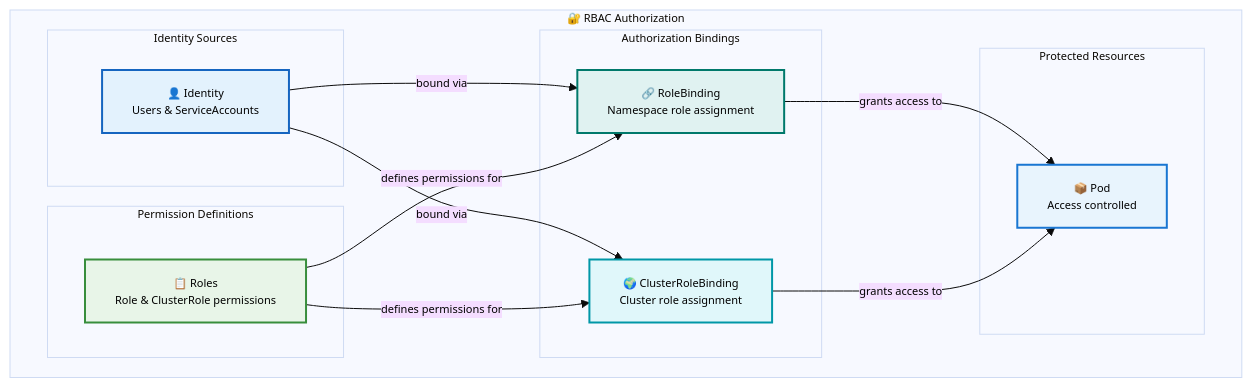
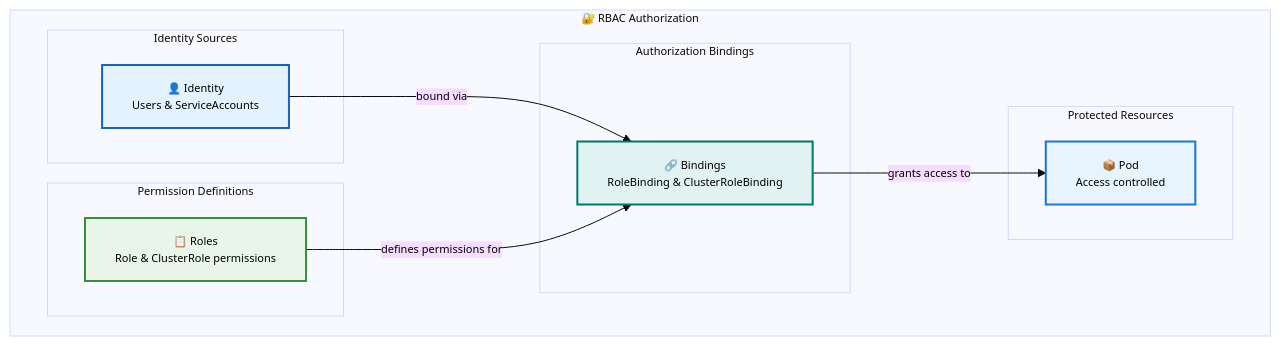
The eighth of 13 diagrams in 1.4_distributed_systems/kubernetes_resource_hierarchy_guide.md (razkevich/system_design_course), drawn with Mermaid before and after one commit.

Commit message:
exactly once

````diff
--- a/1.4_distributed_systems/kubernetes_resource_hierarchy_guide.md
+++ b/1.4_distributed_systems/kubernetes_resource_hierarchy_guide.md
@@ -319,36 +319,31 @@
 ```mermaid
 %%{init: {'theme':'base', 'themeVariables': { 'primaryTextColor': '#000', 'fontSize': '11px'}}}%%
 flowchart TD
     subgraph "🔐 RBAC Authorization"
         
         subgraph "Identity Sources"
             Identity["👤 Identity<br/>Users & ServiceAccounts"]
         end
         
         subgraph "Permission Definitions"
             RoleTypes["📋 Roles<br/>Role & ClusterRole permissions"]
         end
         
         subgraph "Authorization Bindings"
-            RoleBinding["🔗 RoleBinding<br/>Namespace role assignment"]
-            ClusterRoleBinding["🌍 ClusterRoleBinding<br/>Cluster role assignment"]
+            Bindings["🔗 Bindings<br/>RoleBinding & ClusterRoleBinding"]
         end
         
         subgraph "Protected Resources"
             SecurityPod["📦 Pod<br/>Access controlled"]
         end
         
-        Identity -->|"bound via"| RoleBinding
-        Identity -->|"bound via"| ClusterRoleBinding
-        RoleTypes -->|"defines permissions for"| RoleBinding
-        RoleTypes -->|"defines permissions for"| ClusterRoleBinding
-        RoleBinding -->|"grants access to"| SecurityPod
-        ClusterRoleBinding -->|"grants access to"| SecurityPod
+        Identity -->|"bound via"| Bindings
+        RoleTypes -->|"defines permissions for"| Bindings
+        Bindings -->|"grants access to"| SecurityPod
     end
     
     style SecurityPod fill:#e8f4fd,stroke:#1976d2,stroke-width:2px,color:#000
     style Identity fill:#e3f2fd,stroke:#1565c0,stroke-width:2px,color:#000
     style RoleTypes fill:#e8f5e8,stroke:#388e3c,stroke-width:2px,color:#000
-    style RoleBinding fill:#e0f2f1,stroke:#00796b,stroke-width:2px,color:#000
-    style ClusterRoleBinding fill:#e0f7fa,stroke:#0097a7,stroke-width:2px,color:#000
+    style Bindings fill:#e0f2f1,stroke:#00796b,stroke-width:2px,color:#000
 ```
````
